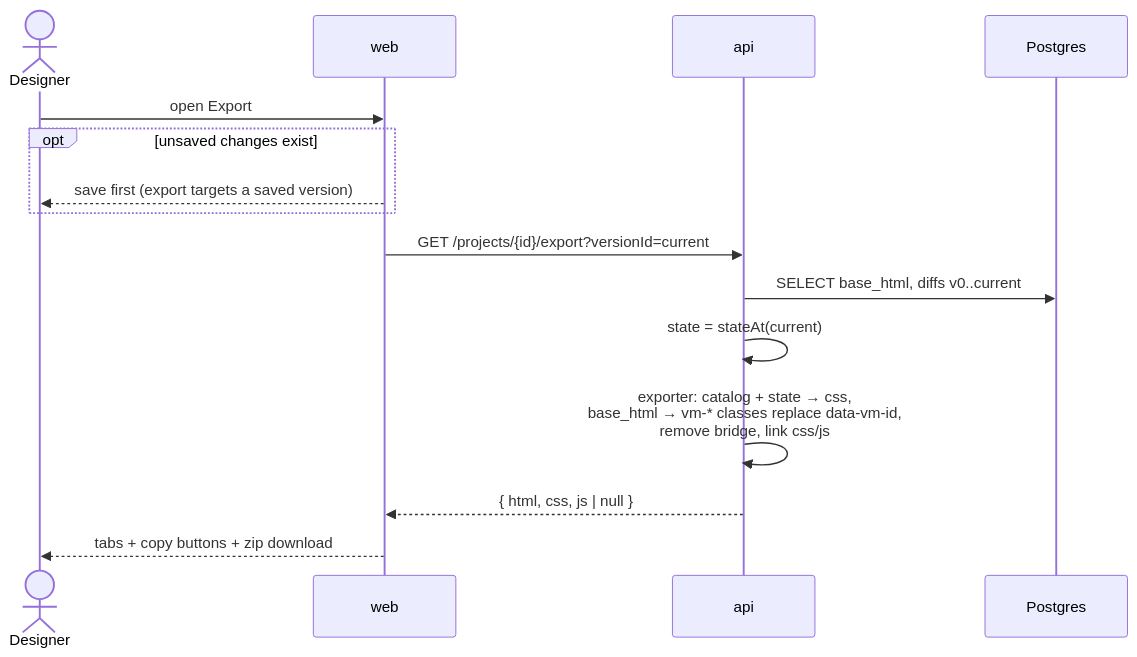
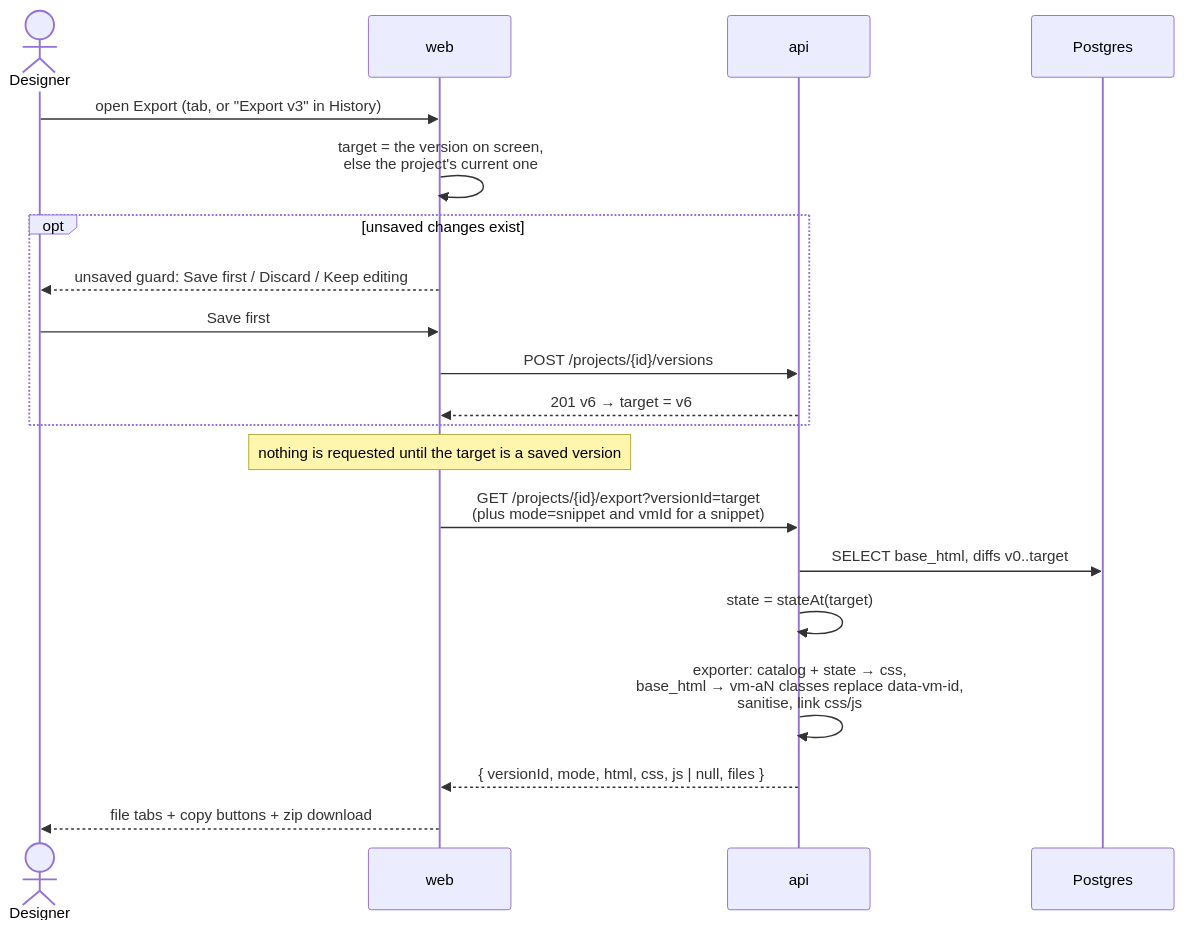
Before and after one commit to ludaxkris/vibe_motion: the sixth of 12 diagrams in docs/architecture.md, drawn with Mermaid. The commit also changed other lines of this file and 44 other files, not shown here.

First line of the commit message:
feat(phase-7): Export tab wired into the editor (Track C) — version pin, save-first, Export vN, mock, e2e (#28)

````diff
--- a/docs/architecture.md
+++ b/docs/architecture.md
@@ -165,18 +165,23 @@
 ```mermaid
 sequenceDiagram
   actor D as Designer
   participant W as web
   participant A as api
   participant P as Postgres
 
-  D->>W: open Export
+  D->>W: open Export (tab, or "Export v3" in History)
+  W->>W: target = the version on screen,<br/>else the project's current one
   opt unsaved changes exist
-    W-->>D: save first (export targets a saved version)
+    W-->>D: unsaved guard: Save first / Discard / Keep editing
+    D->>W: Save first
+    W->>A: POST /projects/{id}/versions
+    A-->>W: 201 v6 → target = v6
   end
-  W->>A: GET /projects/{id}/export?versionId=current
-  A->>P: SELECT base_html, diffs v0..current
-  A->>A: state = stateAt(current)
-  A->>A: exporter: catalog + state → css,<br/>base_html → vm-* classes replace data-vm-id,<br/>remove bridge, link css/js
-  A-->>W: { html, css, js | null }
-  W-->>D: tabs + copy buttons + zip download
+  Note over W: nothing is requested until the target is a saved version
+  W->>A: GET /projects/{id}/export?versionId=target<br/>(plus mode=snippet and vmId for a snippet)
+  A->>P: SELECT base_html, diffs v0..target
+  A->>A: state = stateAt(target)
+  A->>A: exporter: catalog + state → css,<br/>base_html → vm-aN classes replace data-vm-id,<br/>sanitise, link css/js
+  A-->>W: { versionId, mode, html, css, js | null, files }
+  W-->>D: file tabs + copy buttons + zip download
 ```
````
